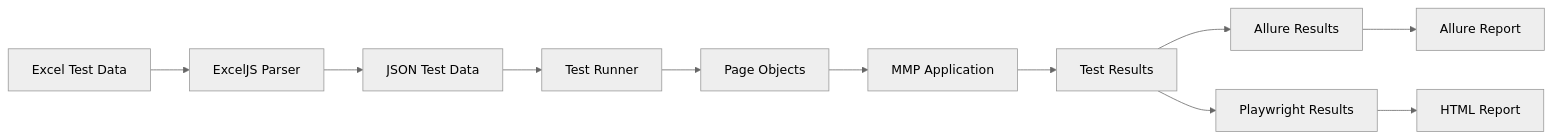
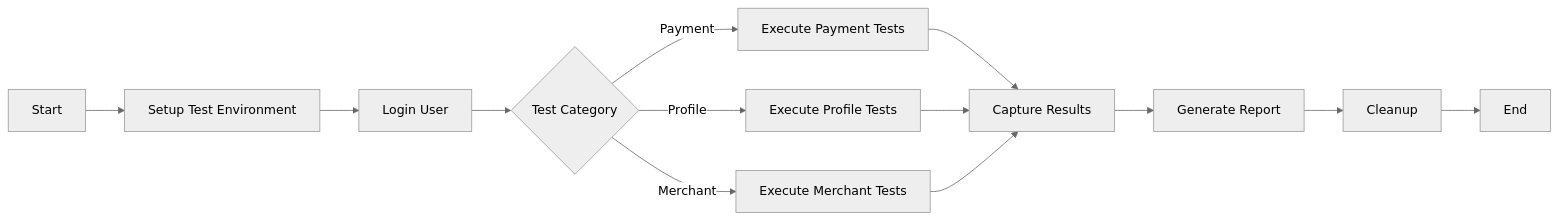
The sixth of 13 diagrams in FLOW_DIAGRAM.md (rabbiyamehmood/LKS_AXIAN_AUTOMATION), drawn with Mermaid (neutral theme) before and after one commit. The commit also changed other lines of this file and 1 other file, not shown here.

Commit message:
Update flow diagrams and README with LKS-specific test flows

````diff
--- a/FLOW_DIAGRAM.md
+++ b/FLOW_DIAGRAM.md
@@ -115,13 +199,15 @@
 ```mermaid
-flowchart LR
-    A[Excel Test Data] --> B[ExcelJS Parser]
-    B --> C[JSON Test Data]
-    C --> D[Test Runner]
-    D --> E[Page Objects]
-    E --> F[MMP Application]
-    F --> G[Test Results]
-    G --> H[Allure Results]
-    H --> I[Allure Report]
-    G --> J[Playwright Results]
-    J --> K[HTML Report]
+graph LR
+    A[Start] --> B[Setup Test Environment]
+    B --> C[Login User]
+    C --> D{Test Category}
+    D -->|Payment| E[Execute Payment Tests]
+    D -->|Profile| F[Execute Profile Tests]
+    D -->|Merchant| G[Execute Merchant Tests]
+    E --> H[Capture Results]
+    F --> H
+    G --> H
+    H --> I[Generate Report]
+    I --> J[Cleanup]
+    J --> K[End]
 ```
````
